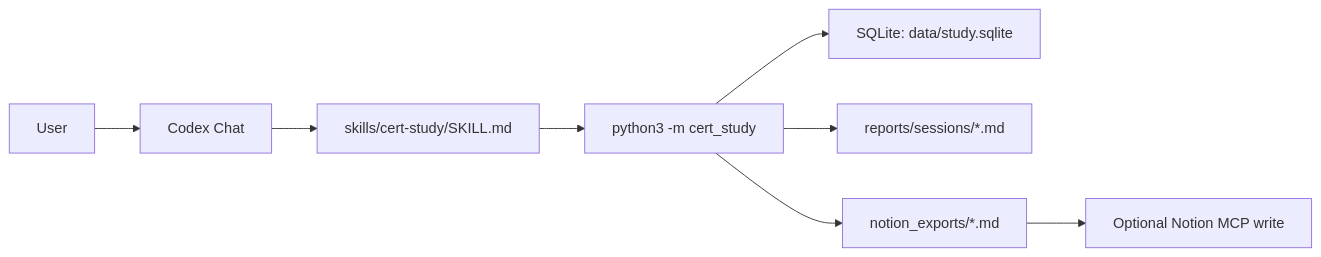
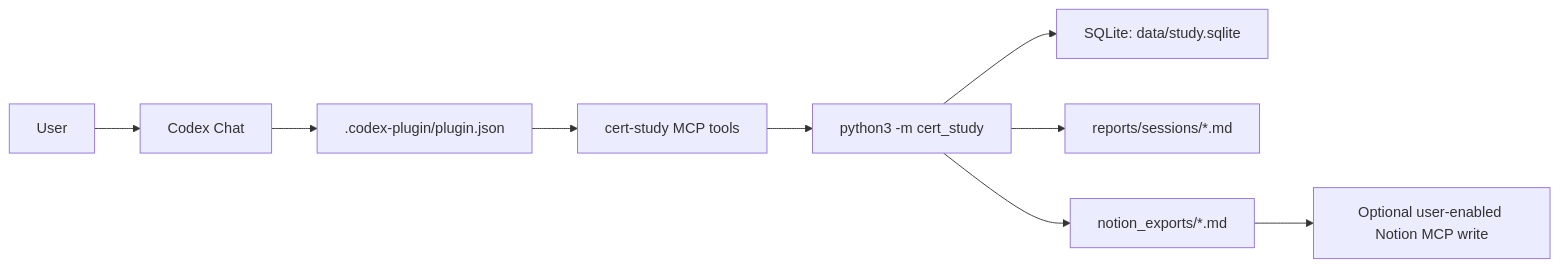
Before and after one commit to Merchantlee99/codex_learningsystem: the third of 3 diagrams in README.md, drawn with Mermaid. The commit also changed other lines of this file and 14 other files, not shown here.

Commit message:
Package learning system as Codex plugin

````diff
--- a/README.md
+++ b/README.md
@@ -94,10 +84,11 @@
 ```mermaid
 flowchart LR
   A["User"] --> B["Codex Chat"]
-  B --> C["skills/cert-study/SKILL.md"]
-  C --> D["python3 -m cert_study"]
-  D --> E["SQLite: data/study.sqlite"]
-  D --> F["reports/sessions/*.md"]
-  D --> G["notion_exports/*.md"]
-  G --> H["Optional Notion MCP write"]
+  B --> C[".codex-plugin/plugin.json"]
+  C --> D["cert-study MCP tools"]
+  D --> E["python3 -m cert_study"]
+  E --> F["SQLite: data/study.sqlite"]
+  E --> G["reports/sessions/*.md"]
+  E --> H["notion_exports/*.md"]
+  H --> I["Optional user-enabled Notion MCP write"]
 ```
````
